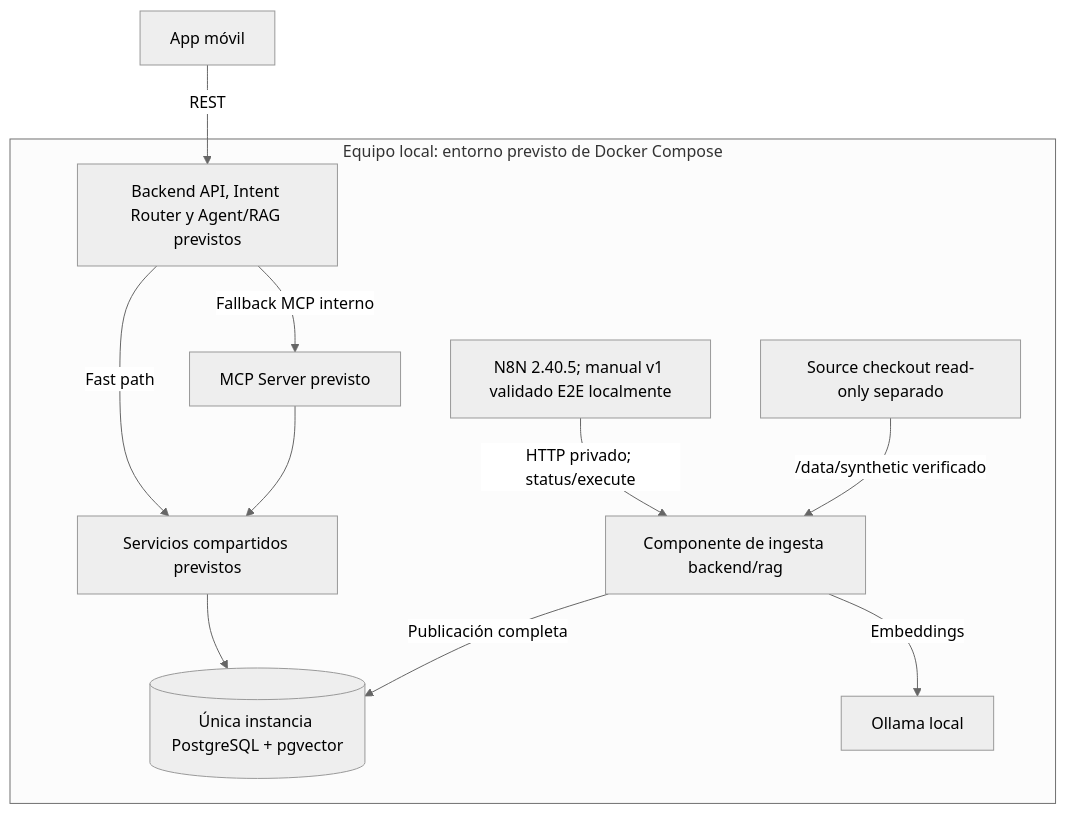
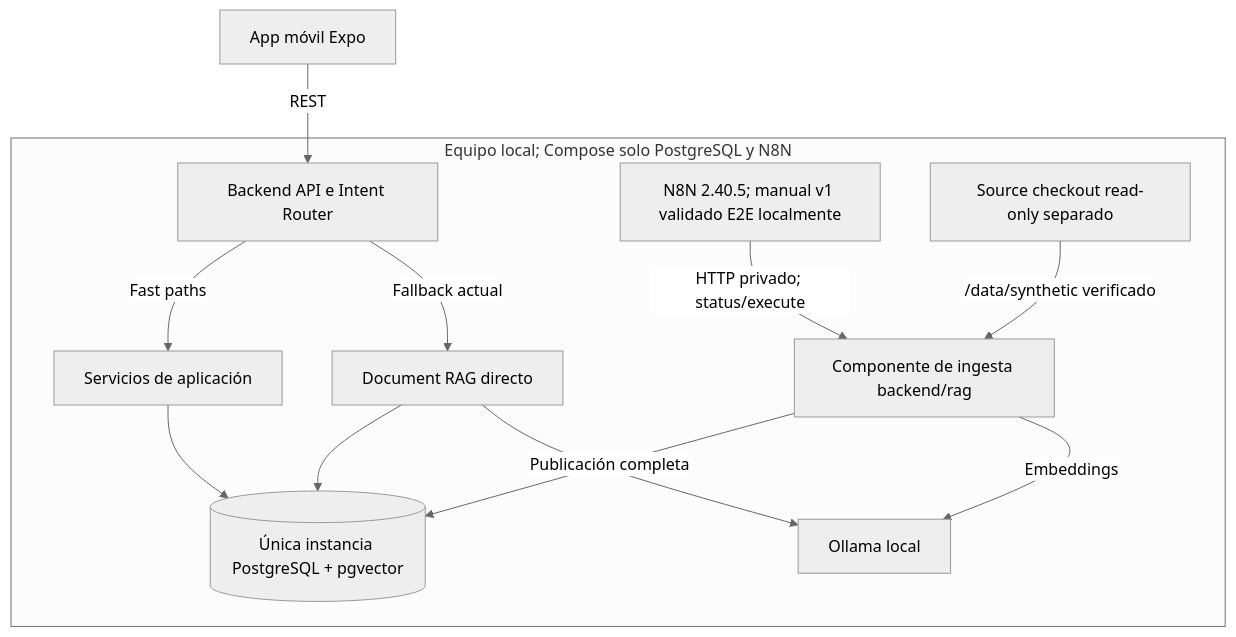
The fourth of 4 diagrams in docs/arquitectura.md (XeyKG/BanuChat_), drawn with Mermaid (neutral theme) before and after one commit. The commit also changed other lines of this file and 22 other files, not shown here.

````diff
--- a/docs/arquitectura.md
+++ b/docs/arquitectura.md
@@ -163,14 +180,15 @@
 ```mermaid
 flowchart TB
-    M["App móvil"] -->|"REST"| B["Backend API, Intent Router y Agent/RAG previstos"]
-    subgraph LOCAL["Equipo local: entorno previsto de Docker Compose"]
-        B -->|"Fallback MCP interno"| C["MCP Server previsto"]
-        B -->|"Fast path"| S["Servicios compartidos previstos"]
-        C --> S
+    M["App móvil Expo"] -->|"REST"| B["Backend API e Intent Router"]
+    subgraph LOCAL["Equipo local; Compose solo PostgreSQL y N8N"]
+        B -->|"Fast paths"| S["Servicios de aplicación"]
+        B -->|"Fallback actual"| R["Document RAG directo"]
+        R --> P
+        R --> O
         S --> P[("Única instancia PostgreSQL + pgvector")]
         N["N8N 2.40.5; manual v1 validado E2E localmente"] -->|"HTTP privado; status/execute"| I["Componente de ingesta backend/rag"]
         I -->|"Publicación completa"| P
         I -->|"Embeddings"| O["Ollama local"]
         D["Source checkout read-only separado"] -->|"/data/synthetic verificado"| I
     end
 ```
````
